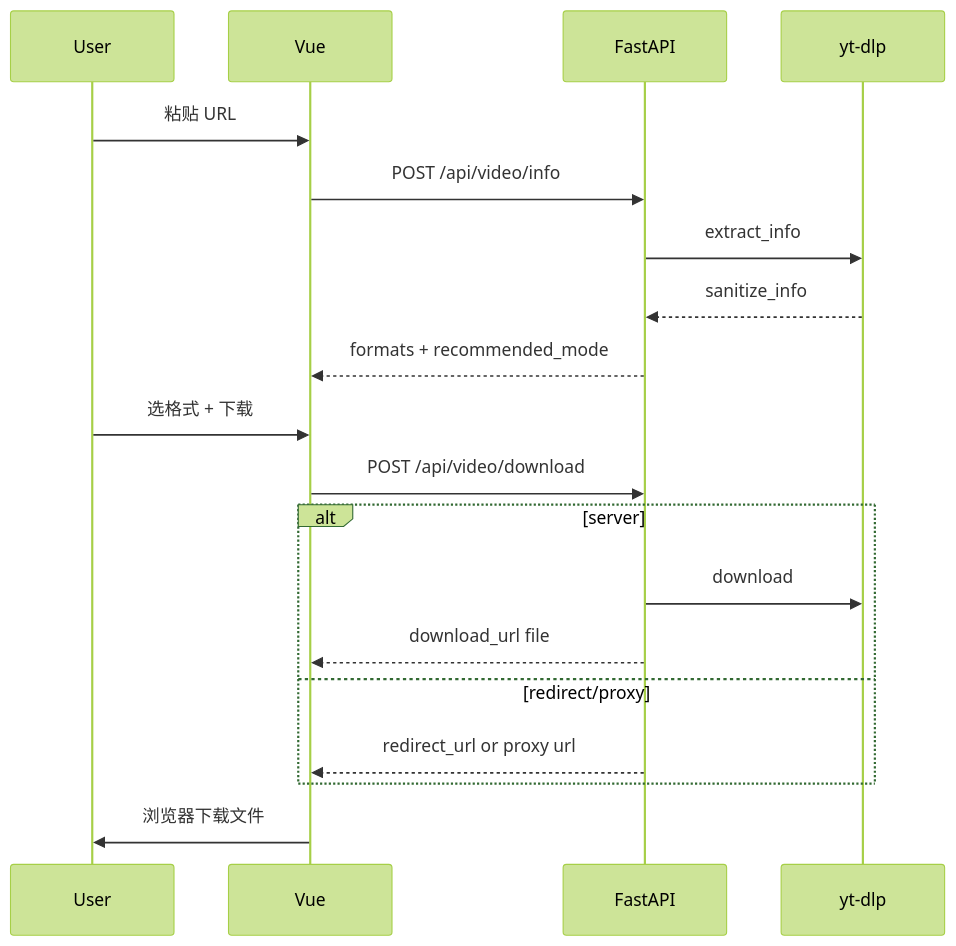
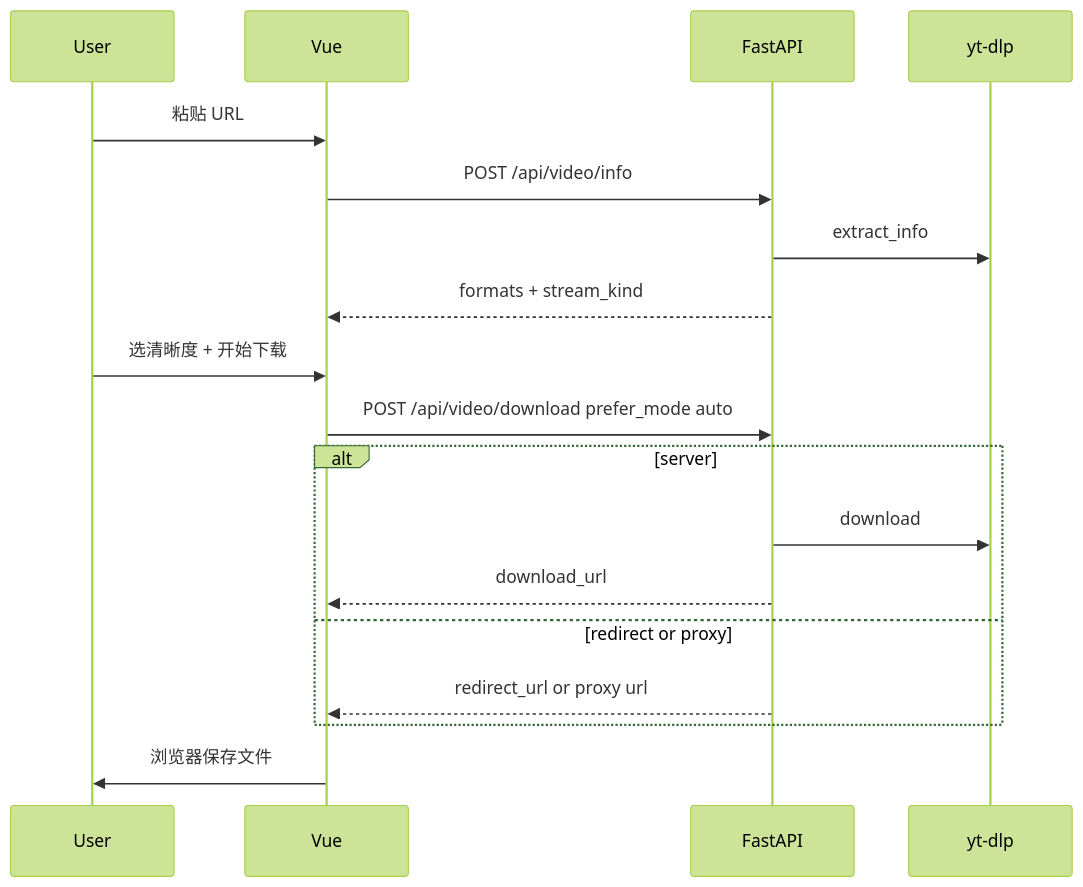
The diagram in docs/03-设计文档.md (janyoshimoto309-oss/vedio-download), drawn with Mermaid (forest theme) before and after one commit. The commit also changed other lines of this file and 7 other files, not shown here.

````diff
--- a/docs/03-设计文档.md
+++ b/docs/03-设计文档.md
@@ -240,22 +217,21 @@
 ```mermaid
 sequenceDiagram
     participant U as User
     participant F as Vue
     participant B as FastAPI
     participant Y as yt-dlp
 
     U->>F: 粘贴 URL
     F->>B: POST /api/video/info
     B->>Y: extract_info
-    Y-->>B: sanitize_info
-    B-->>F: formats + recommended_mode
-    U->>F: 选格式 + 下载
-    F->>B: POST /api/video/download
+    B-->>F: formats + stream_kind
+    U->>F: 选清晰度 + 开始下载
+    F->>B: POST /api/video/download prefer_mode auto
     alt server
         B->>Y: download
-        B-->>F: download_url file
-    else redirect/proxy
+        B-->>F: download_url
+    else redirect or proxy
         B-->>F: redirect_url or proxy url
     end
-    F->>U: 浏览器下载文件
+    F->>U: 浏览器保存文件
 ```
````
